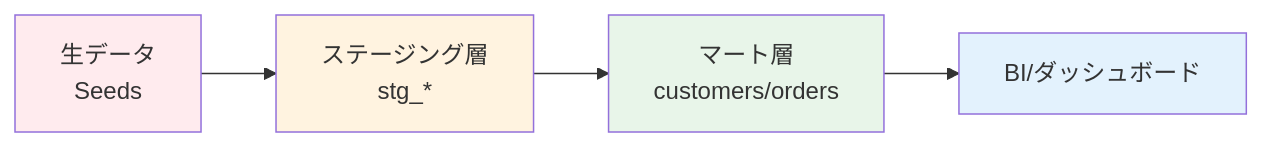
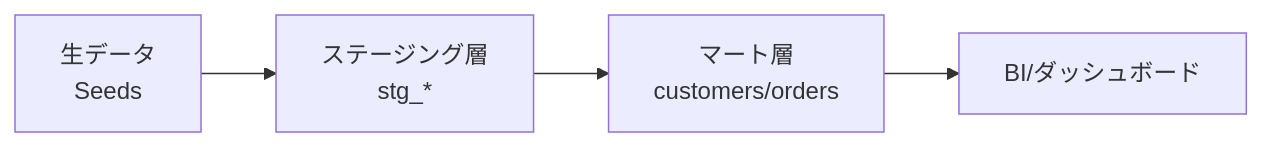
Before and after one commit to 1210yuichi0/1210yuichi0.github.io: the first of 2 diagrams in content/Tech/dbt/tutorials/tutorial-01-setup.md, drawn with Mermaid. The commit also changed other lines of this file and 22 other files, not shown here.

First line of the commit message:
style: remove Mermaid style directives for dark mode compatibility

````diff
--- a/content/Tech/dbt/tutorials/tutorial-01-setup.md
+++ b/content/Tech/dbt/tutorials/tutorial-01-setup.md
@@ -73,11 +73,7 @@
 ```mermaid
 flowchart LR
     A[生データ<br/>Seeds] --> B[ステージング層<br/>stg_*]
     B --> C[マート層<br/>customers/orders]
     C --> D[BI/ダッシュボード]
 
-    style A fill:#ffebee
-    style B fill:#fff3e0
-    style C fill:#e8f5e9
-    style D fill:#e3f2fd
 ```
````
